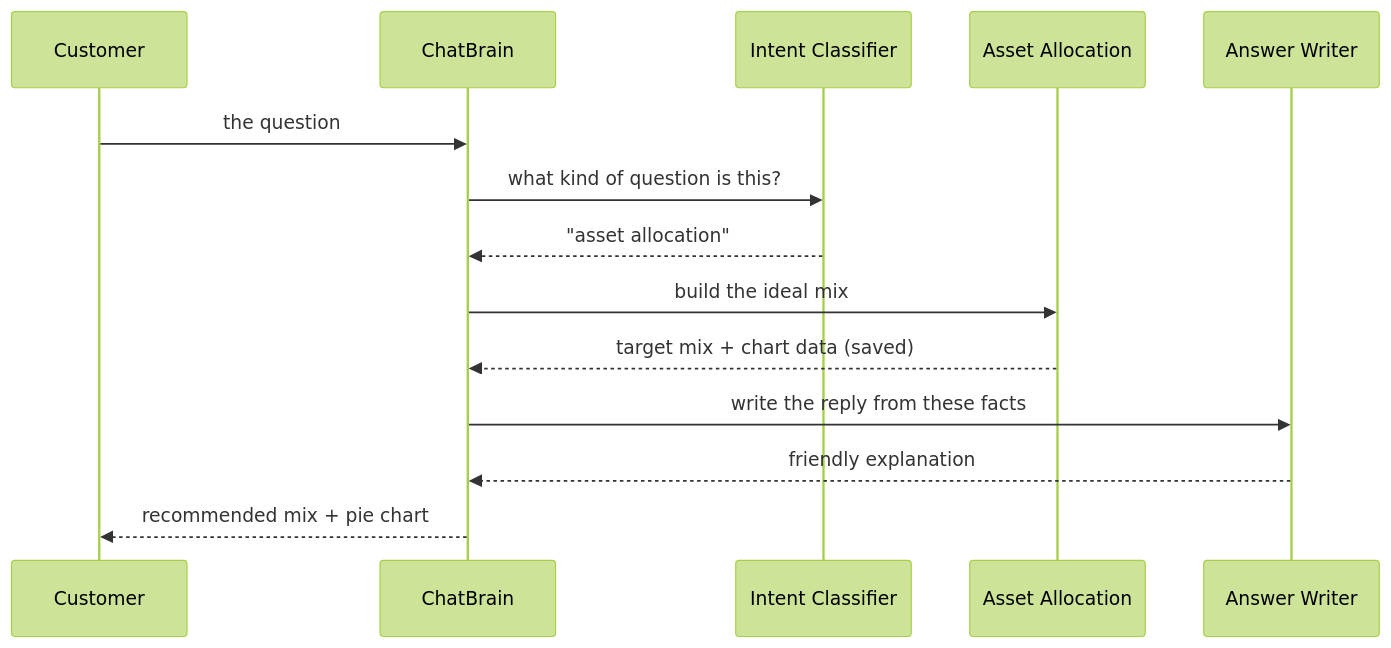
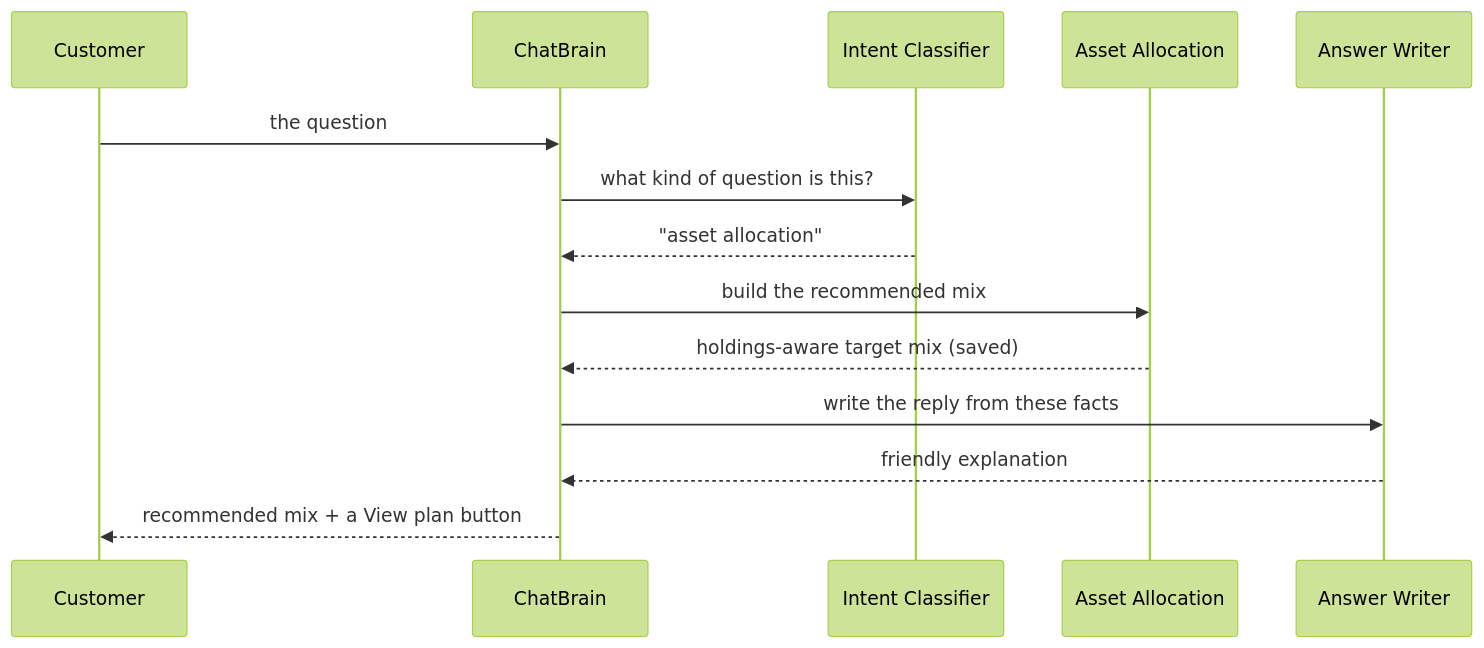
One commit to tilly5317-lab/Prozpr_Backend changed the fourth of 5 diagrams in AI_Agents/Reference_docs/Tech_reference_docs/CHAT_FLOW.md. Above: the diagram before and after it, drawn with Mermaid (forest theme). The commit also changed other lines of this file and 23 other files, not shown here.

````diff
--- a/AI_Agents/Reference_docs/Tech_reference_docs/CHAT_FLOW.md
+++ b/AI_Agents/Reference_docs/Tech_reference_docs/CHAT_FLOW.md
@@ -270,16 +279,16 @@
 ```mermaid
 sequenceDiagram
     participant C as Customer
     participant B as ChatBrain
     participant IC as Intent Classifier
     participant AA as Asset Allocation
     participant AF as Answer Writer
     C->>B: the question
     B->>IC: what kind of question is this?
     IC-->>B: "asset allocation"
-    B->>AA: build the ideal mix
-    AA-->>B: target mix + chart data (saved)
+    B->>AA: build the recommended mix
+    AA-->>B: holdings-aware target mix (saved)
     B->>AF: write the reply from these facts
     AF-->>B: friendly explanation
-    B-->>C: recommended mix + pie chart
+    B-->>C: recommended mix + a View plan button
 ```
````
